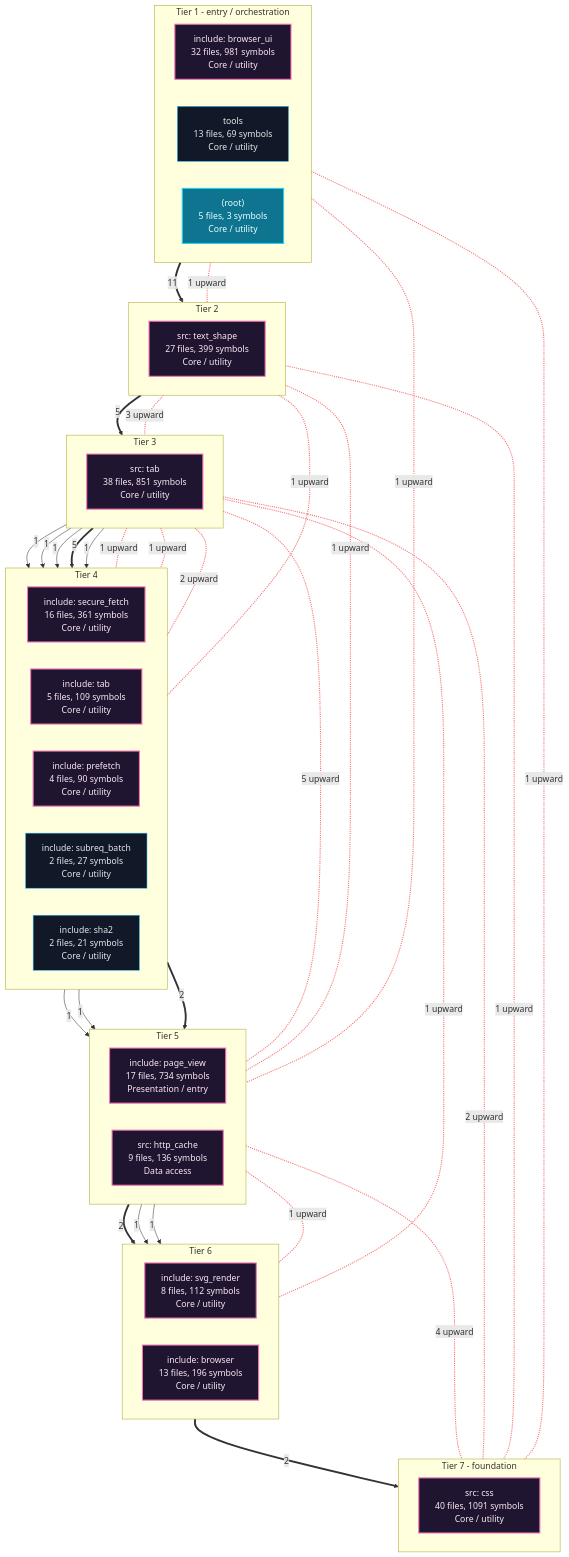
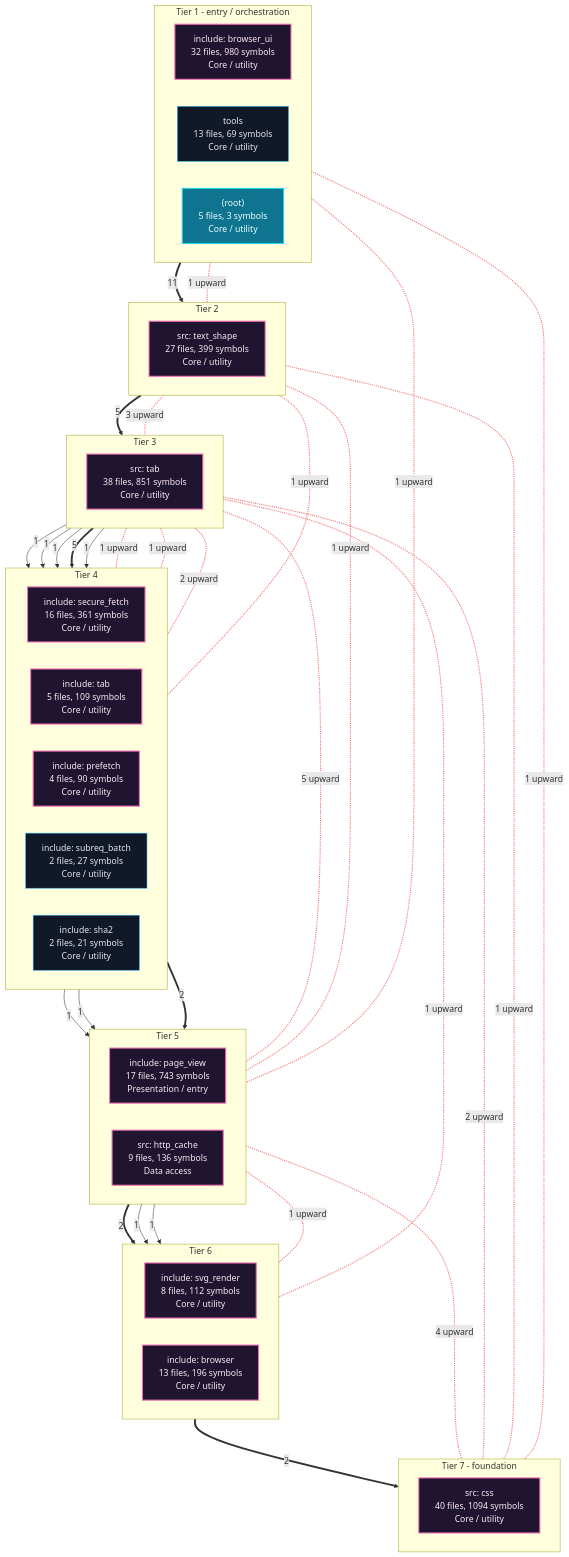
One commit to grisuno/FreeDom changed the first of 6 diagrams in readmenator-apidocs/architecture.md. Above: the diagram before and after it, drawn with Mermaid. The commit also changed 153 other files, not shown here.

````diff
--- a/readmenator-apidocs/architecture.md
+++ b/readmenator-apidocs/architecture.md
@@ -11,78 +11,78 @@
 ```mermaid
 flowchart TB
     classDef cycle fill:#1f1530,stroke:#f472b6,color:#fce7f3,stroke-width:2px;
     classDef default fill:#111827,stroke:#38bdf8,color:#e5e7eb;
     classDef entry fill:#0e7490,stroke:#22d3ee,color:#ecfeff,stroke-width:2px;
     subgraph lane_0["Tier 1 - entry / orchestration"]
         direction LR
-        n_c2["include: browser_ui<br/>32 files, 981 symbols<br/>Core / utility"]:::cycle
+        n_c2["include: browser_ui<br/>32 files, 980 symbols<br/>Core / utility"]:::cycle
         n_d_tools["tools<br/>13 files, 69 symbols<br/>Core / utility"]:::default
         n_d__root_["(root)<br/>5 files, 3 symbols<br/>Core / utility"]:::entry
     end
     subgraph lane_1["Tier 2"]
         direction LR
         n_c3["src: text_shape<br/>27 files, 399 symbols<br/>Core / utility"]:::cycle
     end
     subgraph lane_2["Tier 3"]
         direction LR
         n_c1["src: tab<br/>38 files, 851 symbols<br/>Core / utility"]:::cycle
     end
     subgraph lane_3["Tier 4"]
         direction LR
         n_c5["include: secure_fetch<br/>16 files, 361 symbols<br/>Core / utility"]:::cycle
         n_c9["include: tab<br/>5 files, 109 symbols<br/>Core / utility"]:::cycle
         n_c10["include: prefetch<br/>4 files, 90 symbols<br/>Core / utility"]:::cycle
         n_c12["include: subreq_batch<br/>2 files, 27 symbols<br/>Core / utility"]:::default
         n_c11["include: sha2<br/>2 files, 21 symbols<br/>Core / utility"]:::default
     end
     subgraph lane_4["Tier 5"]
         direction LR
-        n_c4["include: page_view<br/>17 files, 734 symbols<br/>Presentation / entry"]:::cycle
+        n_c4["include: page_view<br/>17 files, 743 symbols<br/>Presentation / entry"]:::cycle
         n_c7["src: http_cache<br/>9 files, 136 symbols<br/>Data access"]:::cycle
     end
     subgraph lane_5["Tier 6"]
         direction LR
         n_c8["include: svg_render<br/>8 files, 112 symbols<br/>Core / utility"]:::cycle
         n_c6["include: browser<br/>13 files, 196 symbols<br/>Core / utility"]:::cycle
     end
     subgraph lane_6["Tier 7 - foundation"]
         direction LR
-        n_c0["src: css<br/>40 files, 1091 symbols<br/>Core / utility"]:::cycle
+        n_c0["src: css<br/>40 files, 1094 symbols<br/>Core / utility"]:::cycle
     end
     n_c1 -->|"1"| n_c10
     n_c1 -->|"1"| n_c11
     n_c1 -->|"1"| n_c12
     n_c1 ==>|"5"| n_c5
     n_c1 -->|"1"| n_c9
     n_c2 ==>|"11"| n_c3
     n_c3 ==>|"5"| n_c1
     n_c4 ==>|"2"| n_c6
     n_c4 -->|"1"| n_c8
     n_c5 -->|"1"| n_c4
     n_c5 -->|"1"| n_c7
     n_c7 -->|"1"| n_c6
     n_c8 ==>|"2"| n_c0
     n_c9 ==>|"2"| n_c4
     n_c1 <-.-|"2 upward"| n_c0
     n_c2 <-.-|"1 upward"| n_c0
     n_c3 <-.-|"1 upward"| n_c0
     n_c4 <-.-|"4 upward"| n_c0
     n_c3 <-.-|"3 upward"| n_c1
     n_c1 <-.-|"1 upward"| n_c10
     n_c2 <-.-|"1 upward"| n_c3
     n_c1 <-.-|"5 upward"| n_c4
     n_c3 <-.-|"1 upward"| n_c4
     n_c1 <-.-|"1 upward"| n_c5
     n_c3 <-.-|"1 upward"| n_c5
     n_c1 <-.-|"1 upward"| n_c6
     n_c2 <-.-|"1 upward"| n_c7
     n_c4 <-.-|"1 upward"| n_c8
     n_c1 <-.-|"2 upward"| n_c9
     linkStyle 14,15,16,17,18,19,20,21,22,23,24,25,26,27,28 stroke:#f87171,stroke-width:2px;
     n_c2 ~~~ n_c3
     n_c3 ~~~ n_c1
     n_c1 ~~~ n_c5
     n_c5 ~~~ n_c4
     n_c4 ~~~ n_c8
     n_c8 ~~~ n_c0
 ```
````
